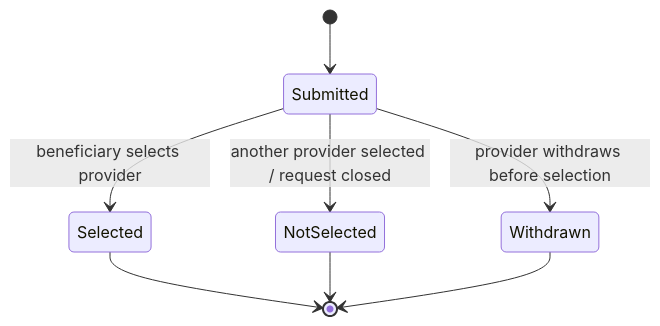
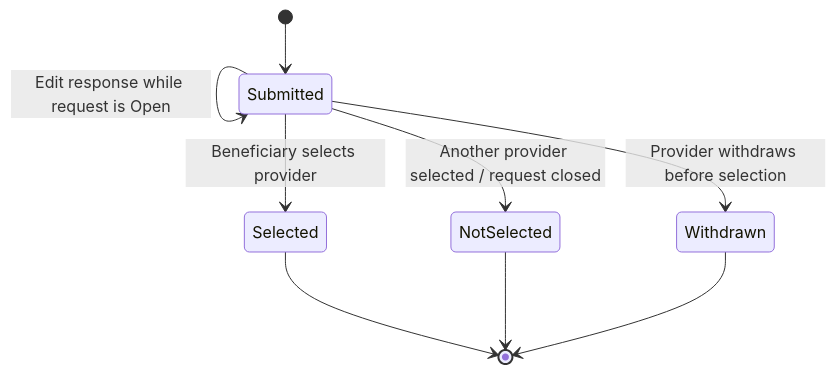
One commit to Yadd-SanaaUniversityGraduationProject/yadd changed the second of 7 diagrams in docs/03-analysis/07-lifecycles.md. Above: the diagram before and after it, drawn with Mermaid. The commit also changed other lines of this file, not shown here.

Commit message:
analysis: fix transaction terminal state and response lifecycle

````diff
--- a/docs/03-analysis/07-lifecycles.md
+++ b/docs/03-analysis/07-lifecycles.md
@@ -28,10 +30,11 @@
 ```mermaid
 stateDiagram-v2
     [*] --> Submitted
-    Submitted --> Selected: beneficiary selects provider
-    Submitted --> NotSelected: another provider selected / request closed
-    Submitted --> Withdrawn: provider withdraws before selection
+    Submitted --> Submitted: Edit response while request is Open
+    Submitted --> Selected: Beneficiary selects provider
+    Submitted --> NotSelected: Another provider selected / request closed
+    Submitted --> Withdrawn: Provider withdraws before selection
     Selected --> [*]
     NotSelected --> [*]
     Withdrawn --> [*]
 ```
````
